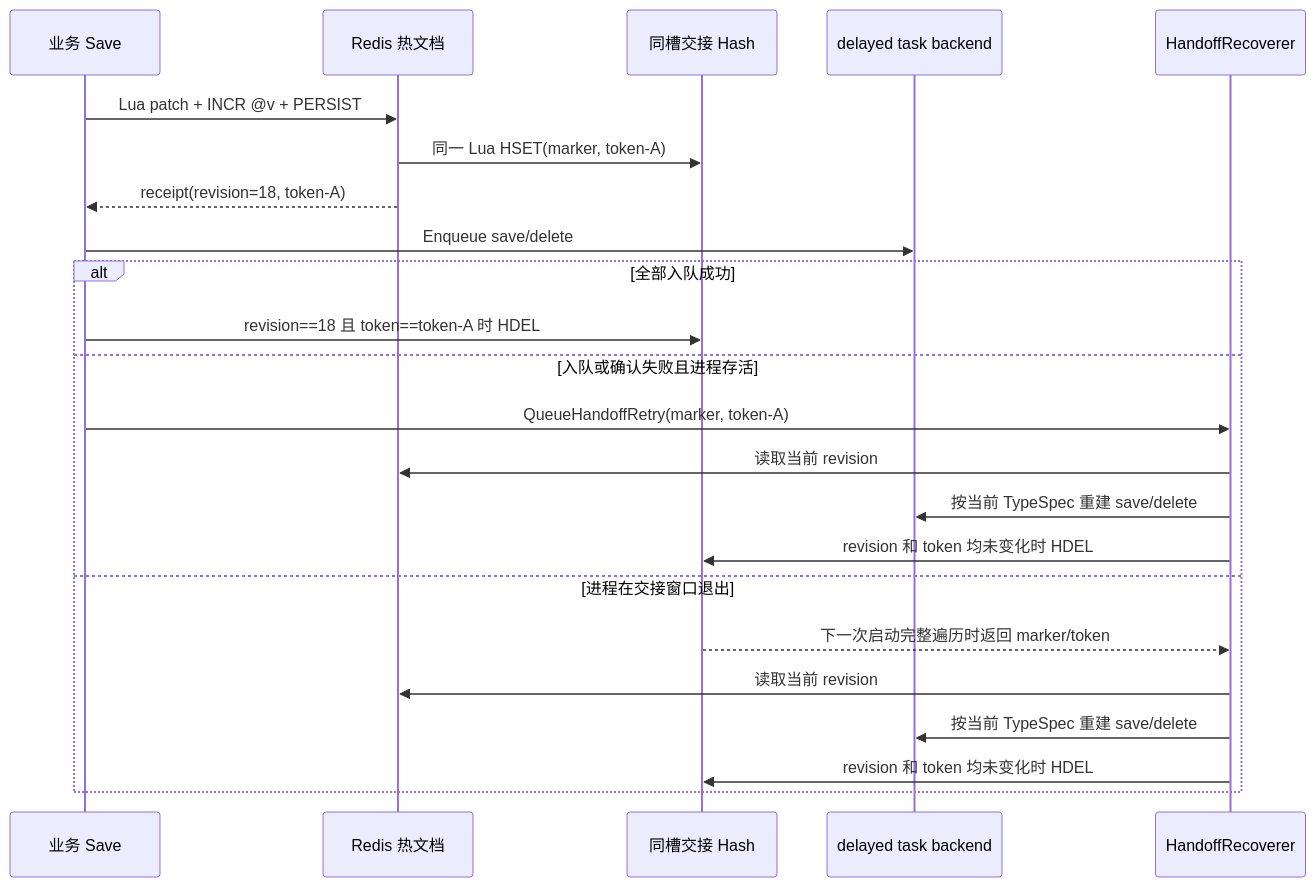
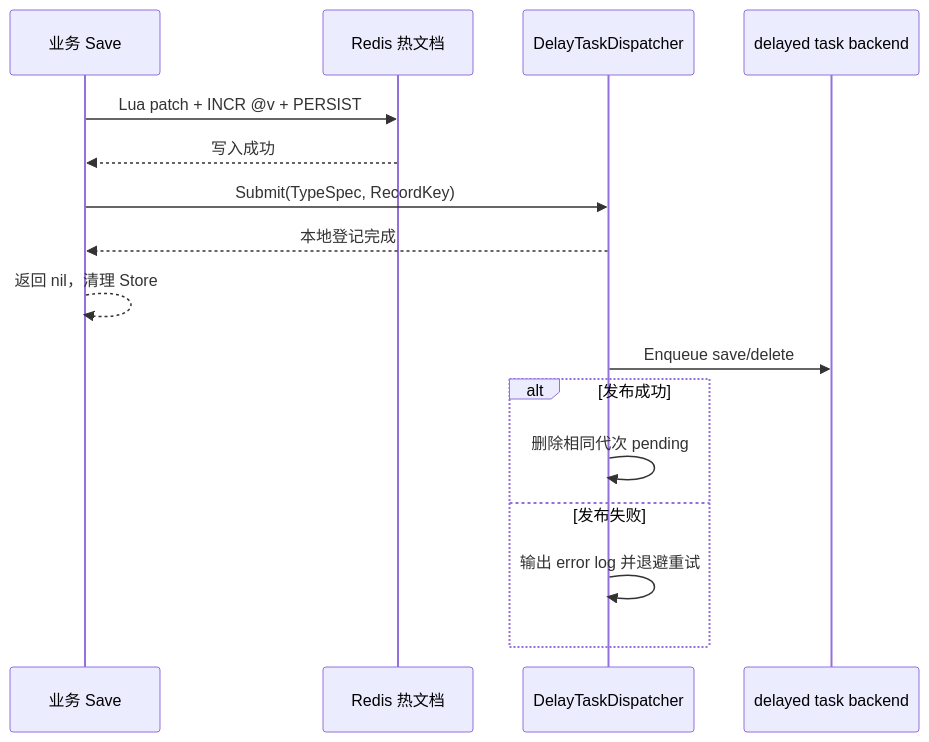
The first of 2 diagrams in docs/design.md (ngnl47/tx), drawn with Mermaid before and after one commit. The commit also changed other lines of this file and 46 other files, not shown here.

````diff
--- a/docs/design.md
+++ b/docs/design.md
@@ -1153,26 +1144,19 @@
 ```mermaid
 sequenceDiagram
     participant B as 业务 Save
     participant R as Redis 热文档
-    participant H as 同槽交接 Hash
+    participant D as DelayTaskDispatcher
     participant Q as delayed task backend
-    participant W as HandoffRecoverer
 
     B->>R: Lua patch + INCR @v + PERSIST
-    R->>H: 同一 Lua HSET(marker, token-A)
-    R-->>B: receipt(revision=18, token-A)
-    B->>Q: Enqueue save/delete
-    alt 全部入队成功
-        B->>H: revision==18 且 token==token-A 时 HDEL
-    else 入队或确认失败且进程存活
-        B->>W: QueueHandoffRetry(marker, token-A)
-        W->>R: 读取当前 revision
-        W->>Q: 按当前 TypeSpec 重建 save/delete
-        W->>H: revision 和 token 均未变化时 HDEL
-    else 进程在交接窗口退出
-        H-->>W: 下一次启动完整遍历时返回 marker/token
-        W->>R: 读取当前 revision
-        W->>Q: 按当前 TypeSpec 重建 save/delete
-        W->>H: revision 和 token 均未变化时 HDEL
+    R-->>B: 写入成功
+    B->>D: Submit(TypeSpec, RecordKey)
+    D-->>B: 本地登记完成
+    B-->>B: 返回 nil，清理 Store
+    D->>Q: Enqueue save/delete
+    alt 发布成功
+        D->>D: 删除相同代次 pending
+    else 发布失败
+        D->>D: 输出 error log 并退避重试
     end
 ```
````
